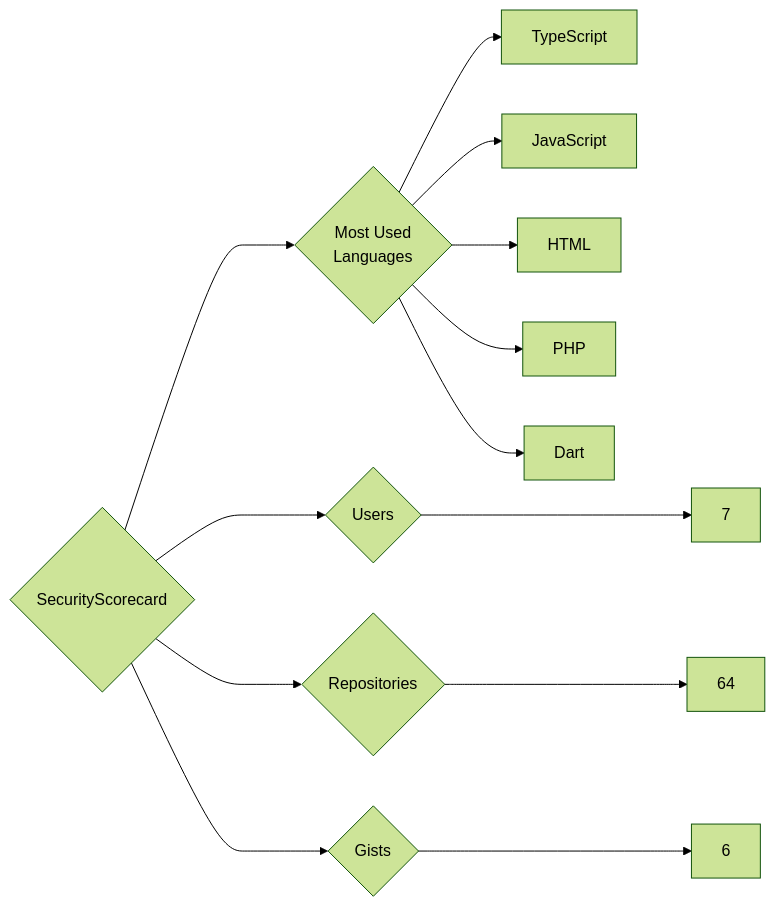
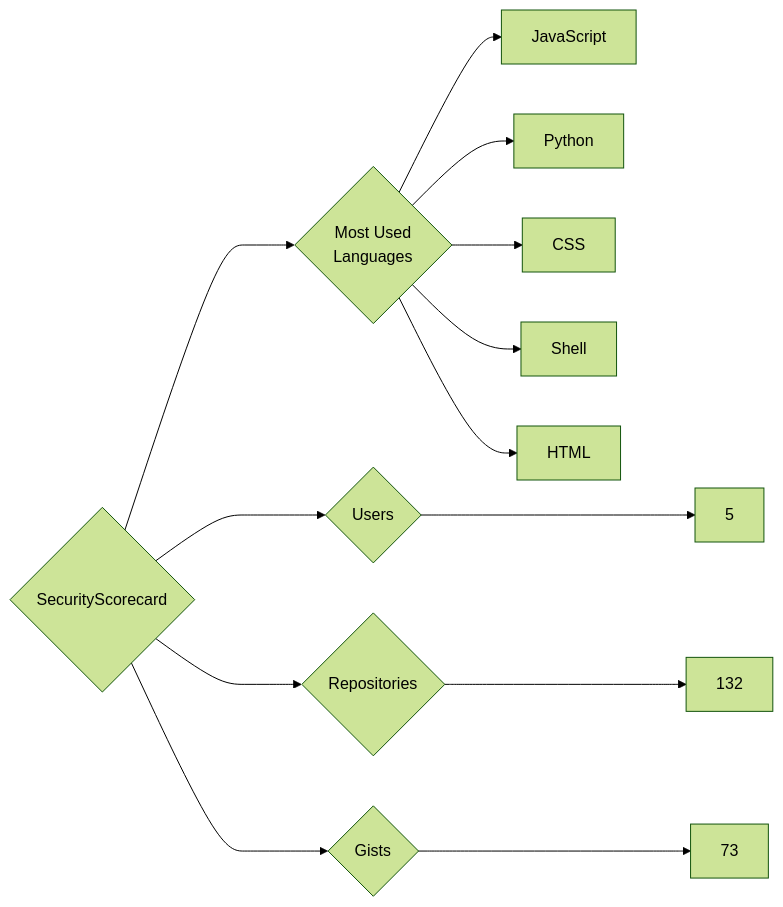
One commit to trickest/insiders changed the diagram in targets/SecurityScorecard/README.md. Above: the diagram before and after it, drawn with Mermaid (forest theme). The commit also changed 796 other files, not shown here.

````diff
--- a/targets/SecurityScorecard/README.md
+++ b/targets/SecurityScorecard/README.md
@@ -3,13 +3,13 @@
 ```mermaid
 graph LR
 COMPANY_NAME{SecurityScorecard}
-COMPANY_NAME ---> U{Users} ---> UN[7]
-COMPANY_NAME ---> R{Repositories} ---> RN[64]
-COMPANY_NAME ---> G{Gists} ---> GN[6]
+COMPANY_NAME ---> U{Users} ---> UN[5]
+COMPANY_NAME ---> R{Repositories} ---> RN[132]
+COMPANY_NAME ---> G{Gists} ---> GN[73]
 COMPANY_NAME ---> ML{Most Used<br>Languages}
-ML --> TypeScript[TypeScript]
 ML --> JavaScript[JavaScript]
+ML --> Python[Python]
+ML --> CSS[CSS]
+ML --> Shell[Shell]
 ML --> HTML[HTML]
-ML --> PHP[PHP]
-ML --> Dart[Dart]
 ```
````
